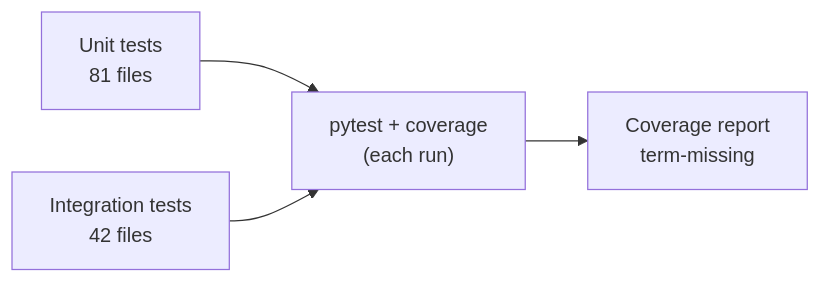
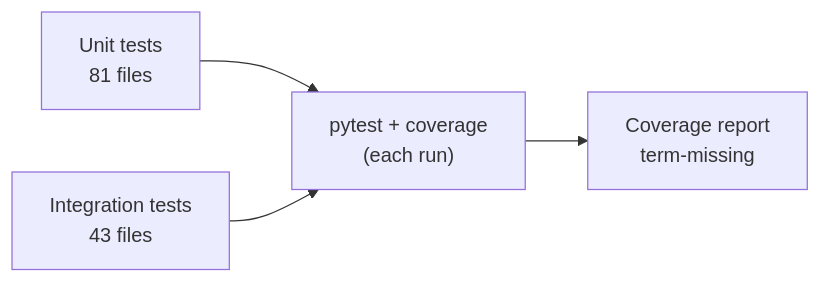
One commit to DataShield-sp18/data-shield-docs changed the first of 2 diagrams in docs/operations/testing-and-coverage.md. Above: the diagram before and after it, drawn with Mermaid. The commit also changed other lines of this file and 2 other files, not shown here.

````diff
--- a/docs/operations/testing-and-coverage.md
+++ b/docs/operations/testing-and-coverage.md
@@ -10,6 +10,6 @@
 ```mermaid
 flowchart LR
     U["Unit tests<br/>81 files"] --> R["pytest + coverage<br/>(each run)"]
-    I["Integration tests<br/>42 files"] --> R
+    I["Integration tests<br/>43 files"] --> R
     R --> REP["Coverage report<br/>term-missing"]
 ```
````
